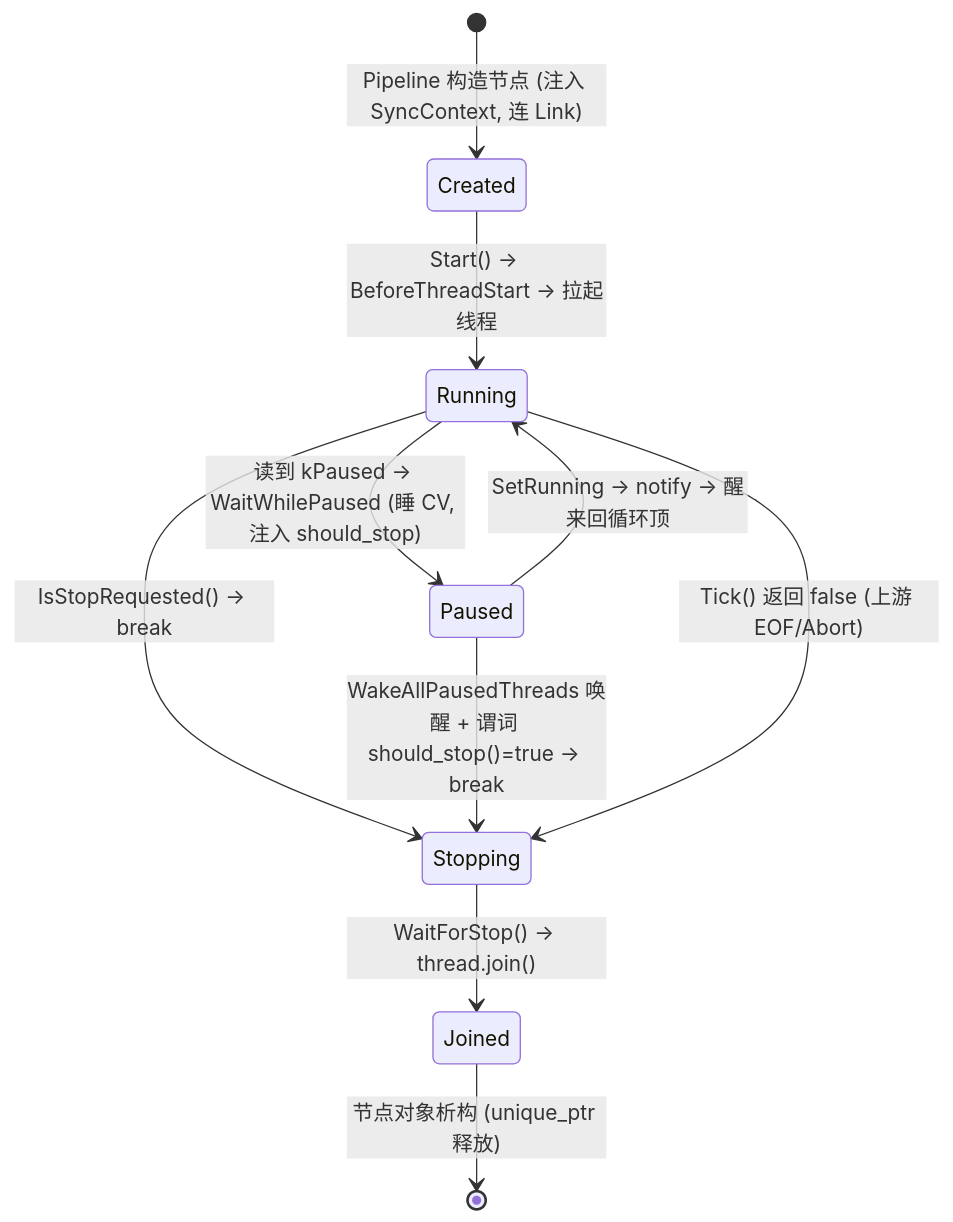
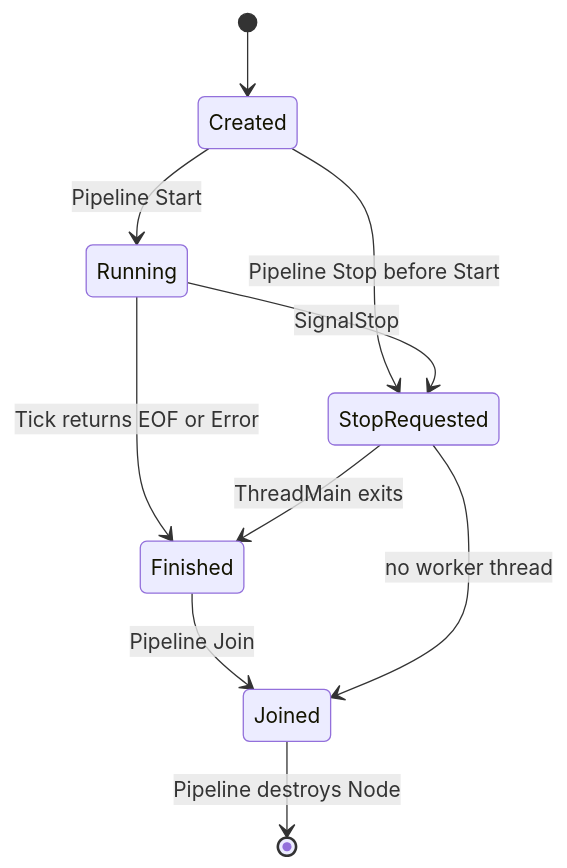
One commit to fuzhanmeng/media_player changed the first of 3 diagrams in ARCHITECTURE.md. Above: the diagram before and after it, drawn with Mermaid. The commit also changed other lines of this file and 8 other files, not shown here.

````diff
--- a/ARCHITECTURE.md
+++ b/ARCHITECTURE.md
@@ -446,12 +189,12 @@
 ```mermaid
 stateDiagram-v2
-    [*] --> Created: Pipeline 构造节点 (注入 SyncContext, 连 Link)
-    Created --> Running: Start() → BeforeThreadStart → 拉起线程
-    Running --> Paused: 读到 kPaused → WaitWhilePaused (睡 CV, 注入 should_stop)
-    Paused --> Running: SetRunning → notify → 醒来回循环顶
-    Running --> Stopping: IsStopRequested() → break
-    Paused --> Stopping: WakeAllPausedThreads 唤醒 + 谓词 should_stop()=true → break
-    Running --> Stopping: Tick() 返回 false (上游 EOF/Abort)
-    Stopping --> Joined: WaitForStop() → thread.join()
-    Joined --> [*]: 节点对象析构 (unique_ptr 释放)
+    [*] --> Created
+    Created --> Running: Pipeline Start
+    Created --> StopRequested: Pipeline Stop before Start
+    Running --> StopRequested: SignalStop
+    Running --> Finished: Tick returns EOF or Error
+    StopRequested --> Finished: ThreadMain exits
+    Finished --> Joined: Pipeline Join
+    StopRequested --> Joined: no worker thread
+    Joined --> [*]: Pipeline destroys Node
 ```
````
